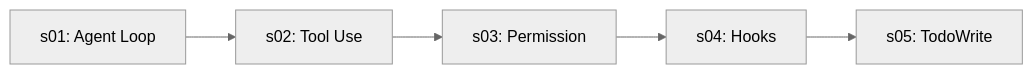
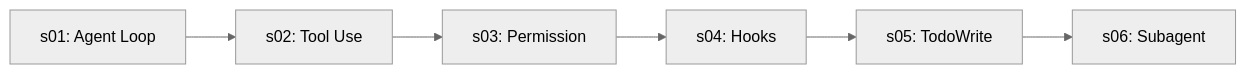
One commit to lyq1119/deepseek-agent-tutorial changed the diagram in README.md. Above: the diagram before and after it, drawn with Mermaid (neutral theme). The commit also changed other lines of this file and 6 other files, not shown here.

````diff
--- a/README.md
+++ b/README.md
@@ -84,7 +85,8 @@
 ```mermaid
 flowchart LR
     S01["s01: Agent Loop"] --> S02["s02: Tool Use"]
     S02 --> S03["s03: Permission"]
     S03 --> S04["s04: Hooks"]
     S04 --> S05["s05: TodoWrite"]
+    S05 --> S06["s06: Subagent"]
 ```
````
